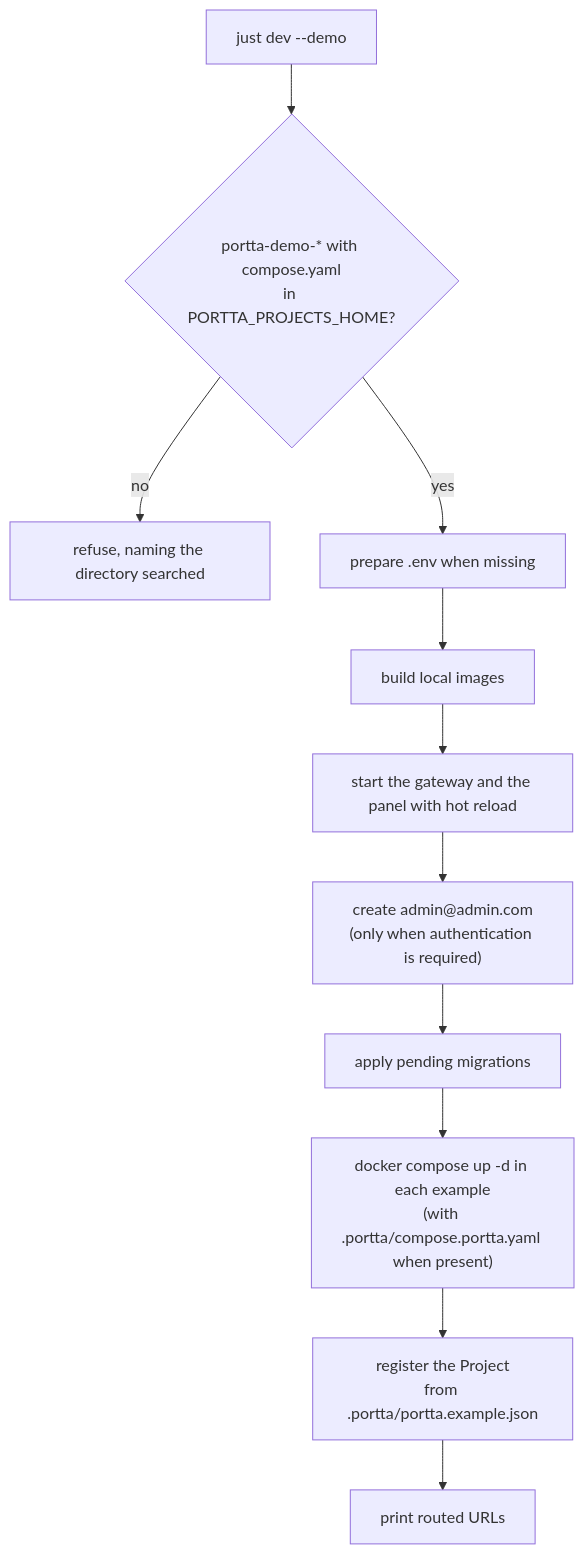
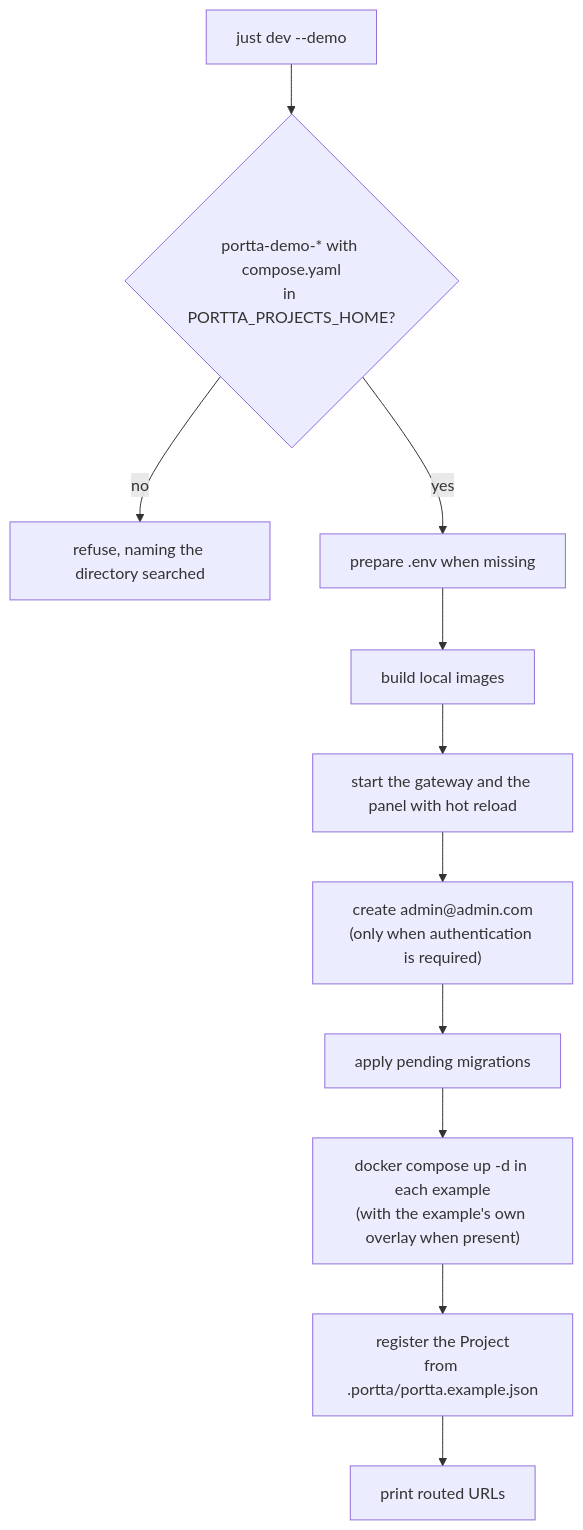
One commit to codions-labs/portta changed the diagram in docs/development/development-setup.md. Above: the diagram before and after it, drawn with Mermaid. The commit also changed other lines of this file and 79 other files, not shown here.

````diff
--- a/docs/development/development-setup.md
+++ b/docs/development/development-setup.md
@@ -97,13 +96,13 @@
 ```mermaid
 flowchart TD
     start["just dev --demo"] --> check{"portta-demo-* with compose.yaml<br/>in PORTTA_PROJECTS_HOME?"}
     check -- no --> refuse["refuse, naming the directory searched"]
     check -- yes --> env["prepare .env when missing"]
     env --> images["build local images"]
     images --> up["start the gateway and the panel with hot reload"]
     up --> owner["create admin@admin.com<br/>(only when authentication is required)"]
     owner --> migrate["apply pending migrations"]
-    migrate --> stacks["docker compose up -d in each example<br/>(with .portta/compose.portta.yaml when present)"]
+    migrate --> stacks["docker compose up -d in each example<br/>(with the example's own overlay when present)"]
     stacks --> register["register the Project<br/>from .portta/portta.example.json"]
     register --> urls["print routed URLs"]
 ```
````
